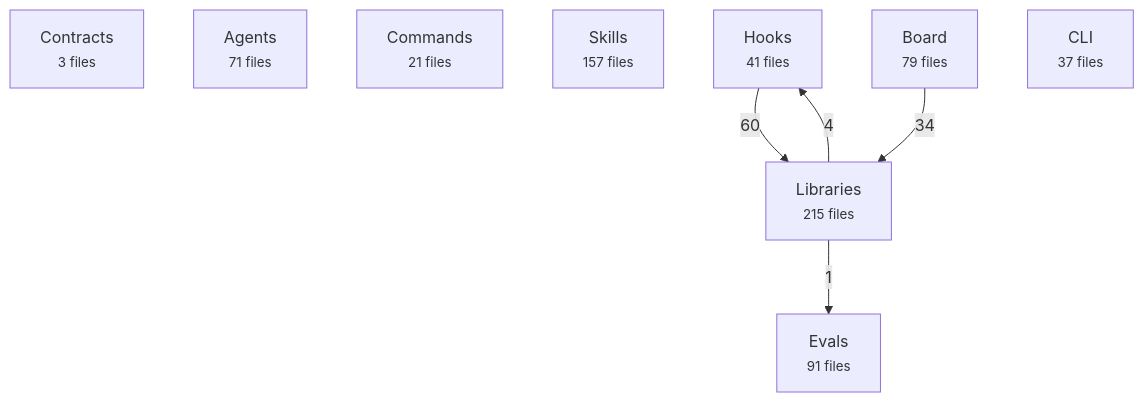
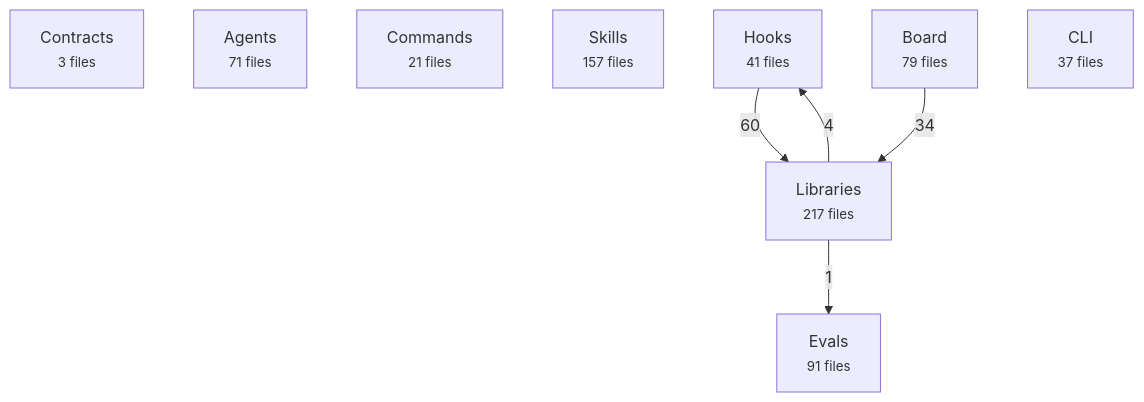
One commit to avelikiy/great_cto changed the first of 2 diagrams in docs/reference/architecture-map.md. Above: the diagram before and after it, drawn with Mermaid. The commit also changed other lines of this file and 10 other files, not shown here.

````diff
--- a/docs/reference/architecture-map.md
+++ b/docs/reference/architecture-map.md
@@ -20,16 +20,16 @@
 ```mermaid
 flowchart TD
   contracts["Contracts<br/><small>3 files</small>"]
   agents["Agents<br/><small>71 files</small>"]
   commands["Commands<br/><small>21 files</small>"]
   skills["Skills<br/><small>157 files</small>"]
   hooks["Hooks<br/><small>41 files</small>"]
-  libs["Libraries<br/><small>215 files</small>"]
+  libs["Libraries<br/><small>217 files</small>"]
   board["Board<br/><small>79 files</small>"]
   cli["CLI<br/><small>37 files</small>"]
   evals["Evals<br/><small>91 files</small>"]
   hooks -->|60| libs
   board -->|34| libs
   libs -->|4| hooks
   libs -->|1| evals
 ```
````
